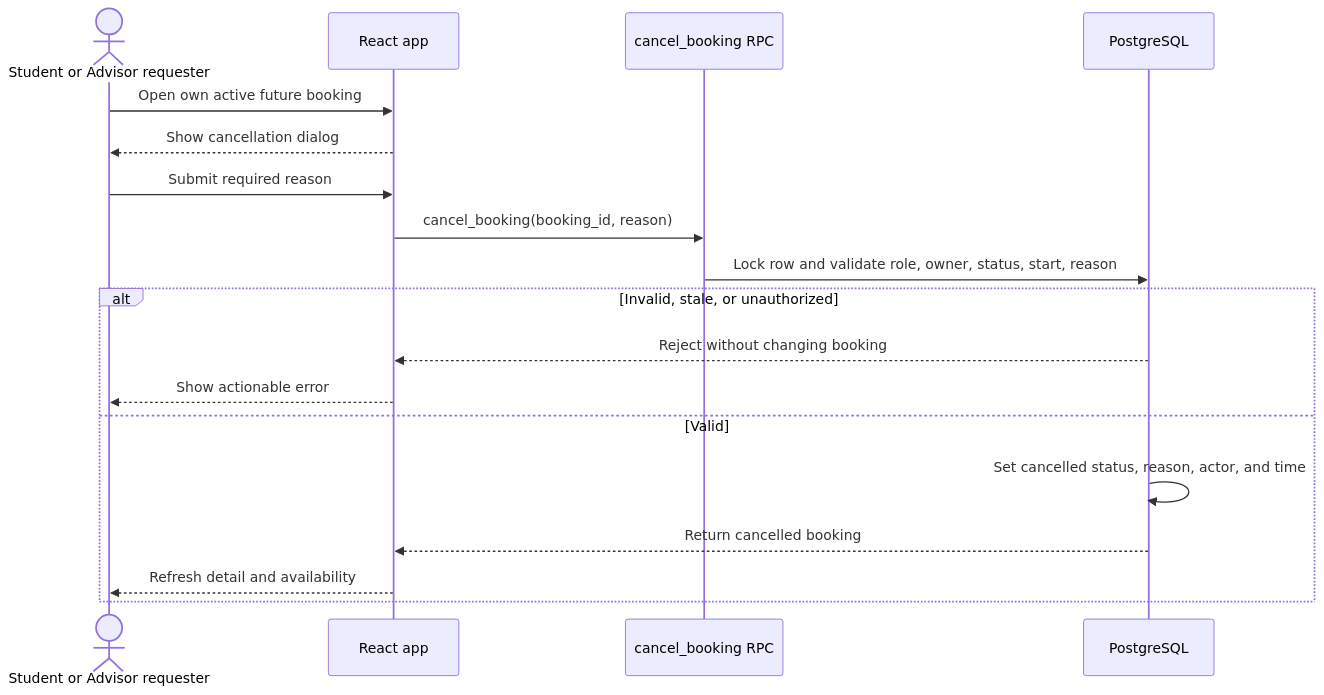
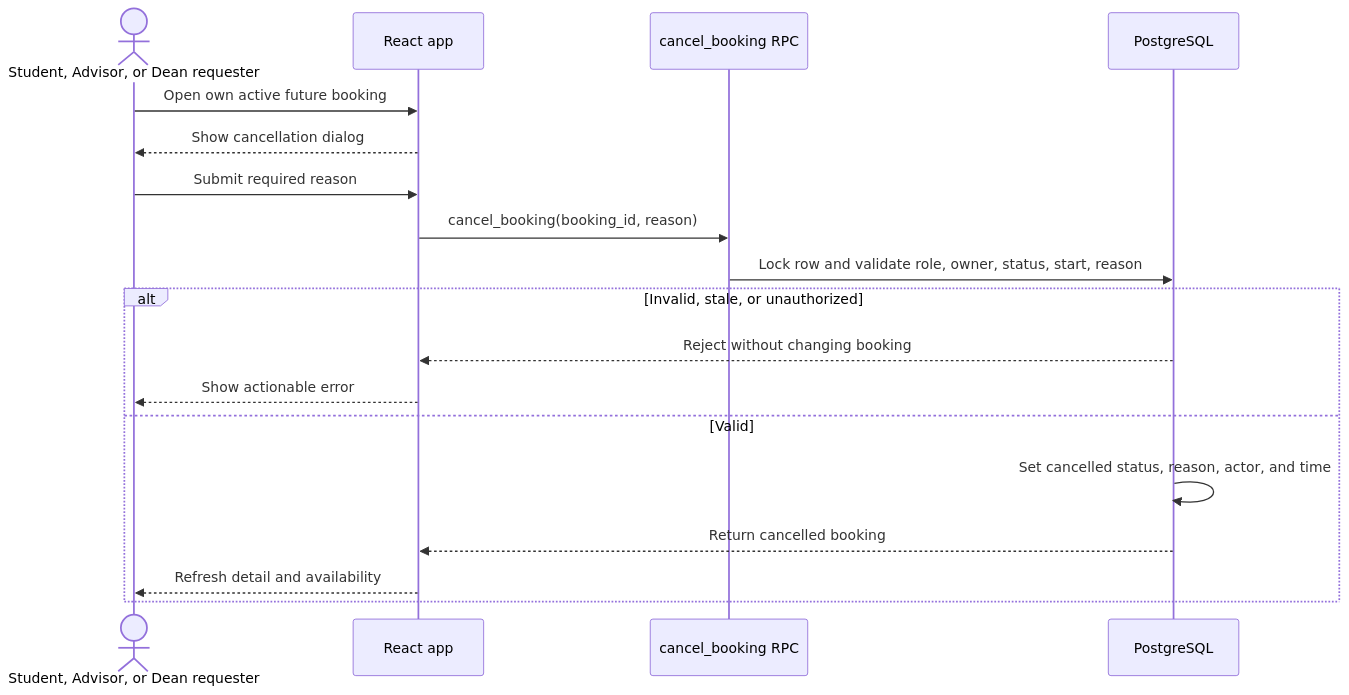
Before and after one commit to Leng201202/SE-Lab-Booking-System: the second of 3 diagrams in .docs/02-design/diagrams/04-sequence-diagram-booking.md, drawn with Mermaid. The commit also changed 18 other files, not shown here.

```diff
--- a/.docs/02-design/diagrams/04-sequence-diagram-booking.md
+++ b/.docs/02-design/diagrams/04-sequence-diagram-booking.md
@@ -50,21 +50,21 @@
 ~~~mermaid
 sequenceDiagram
-    actor U as Student or Advisor requester
+    actor U as Student, Advisor, or Dean requester
     participant W as React app
     participant C as cancel_booking RPC
     participant P as PostgreSQL
 
     U->>W: Open own active future booking
     W-->>U: Show cancellation dialog
     U->>W: Submit required reason
     W->>C: cancel_booking(booking_id, reason)
     C->>P: Lock row and validate role, owner, status, start, reason
     alt Invalid, stale, or unauthorized
         P-->>W: Reject without changing booking
         W-->>U: Show actionable error
     else Valid
         P->>P: Set cancelled status, reason, actor, and time
         P-->>W: Return cancelled booking
         W-->>U: Refresh detail and availability
     end
 ~~~
```
